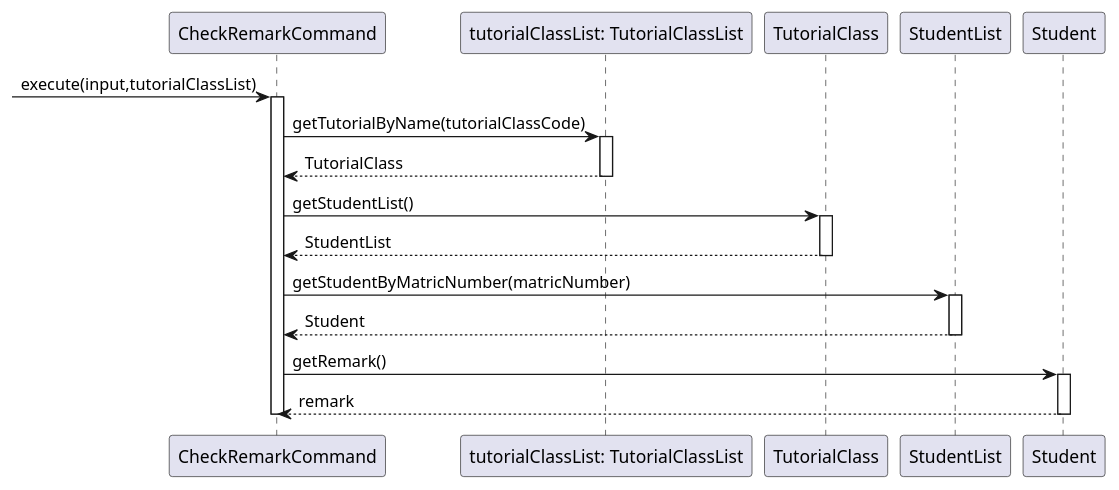
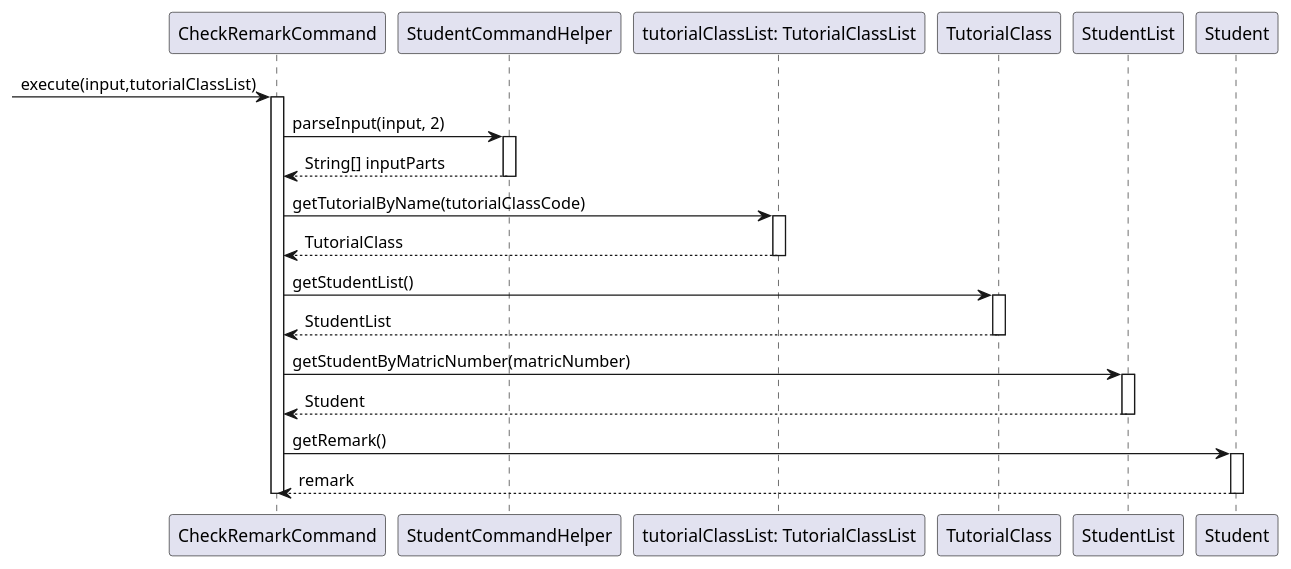
One commit to wongyihao02/tp changed the diagram in docs/diagrams/studentcommands/CheckRemarkCommandSequenceDiagram.puml. Above: the diagram before and after it, drawn with PlantUML. The commit also changed 22 other files, not shown here.

Commit message:
Update sequence diagrams in DG

```diff
--- a/docs/diagrams/studentcommands/CheckRemarkCommandSequenceDiagram.puml
+++ b/docs/diagrams/studentcommands/CheckRemarkCommandSequenceDiagram.puml
@@ -1,39 +1,45 @@
 @startuml
 
 
 participant "CheckRemarkCommand" as CRC
+participant "StudentCommandHelper" as Helper
 participant "tutorialClassList: TutorialClassList" as TCL
 participant "TutorialClass" as TC
 participant "StudentList" as SL
 participant "Student" as S
 
  -> CRC: execute(input,tutorialClassList)
 activate CRC
+
+CRC -> Helper: parseInput(input, 2)
+activate Helper
+Helper --> CRC: String[] inputParts
+deactivate Helper
 
 CRC -> TCL: getTutorialByName(tutorialClassCode)
 activate TCL
 TCL --> CRC: TutorialClass
 deactivate TCL
 
 
 
     CRC -> TC: getStudentList()
     activate TC
     TC --> CRC: StudentList
     deactivate TC
 
     CRC -> SL: getStudentByMatricNumber(matricNumber)
     activate SL
     SL --> CRC: Student
     deactivate SL
 
 
         CRC -> S: getRemark()
         activate S
         S --> CRC: remark
         deactivate S
 
 
         deactivate CRC
 
 @enduml
```
